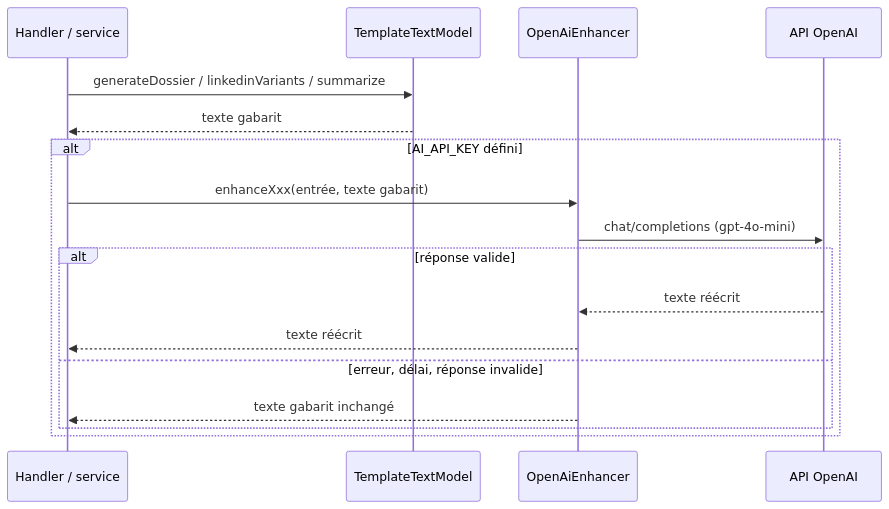
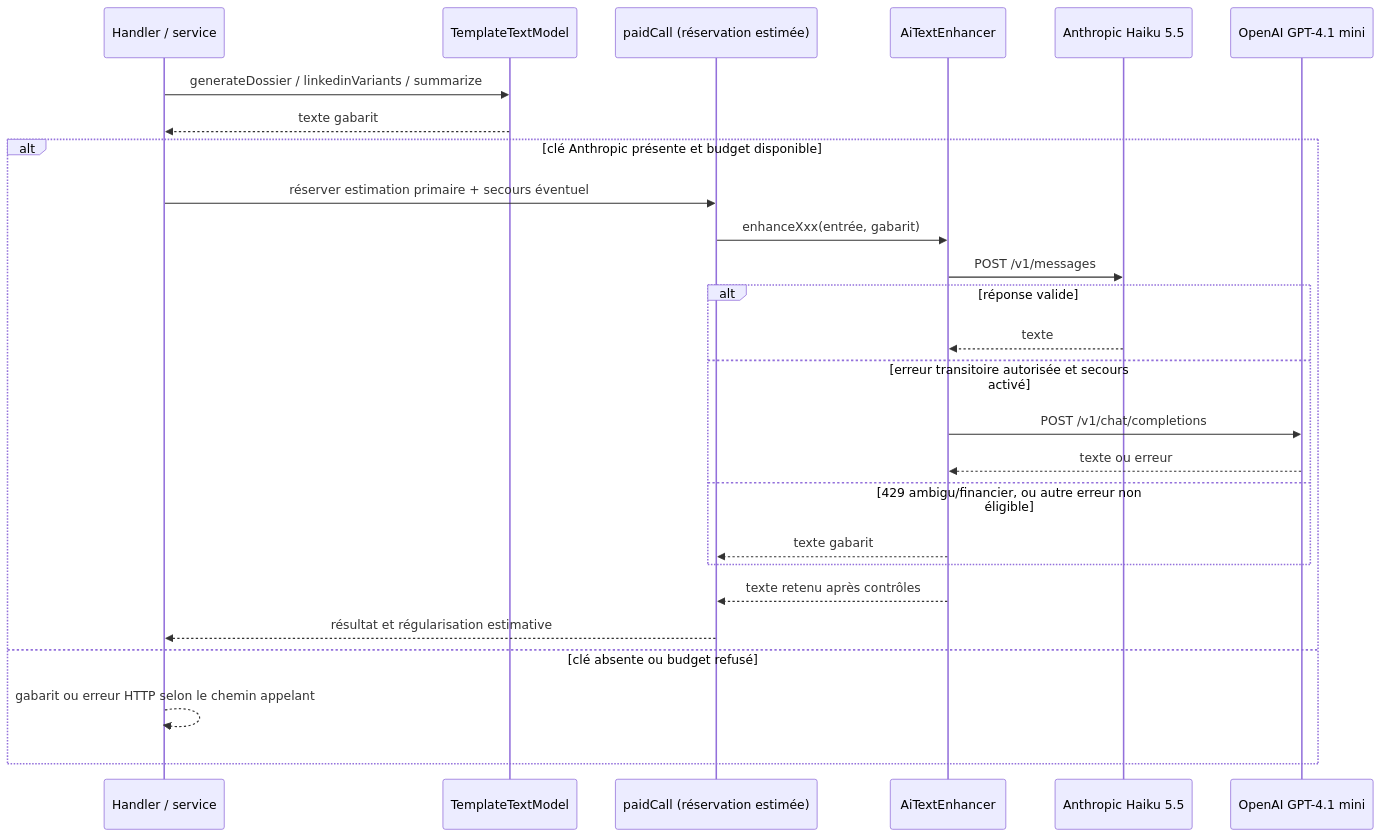
The second of 2 diagrams in docs/02-architecture.md (Makk7709/koraino), drawn with Mermaid before and after one commit. The commit also changed other lines of this file and 3 other files, not shown here.

````diff
--- a/docs/02-architecture.md
+++ b/docs/02-architecture.md
@@ -207,19 +211,28 @@
 ```mermaid
 sequenceDiagram
   participant H as Handler / service
   participant T as TemplateTextModel
-  participant AI as OpenAiEnhancer
-  participant O as API OpenAI
+  participant B as paidCall (réservation estimée)
+  participant AI as AiTextEnhancer
+  participant A as Anthropic Haiku 5.5
+  participant O as OpenAI GPT-4.1 mini
   H->>T: generateDossier / linkedinVariants / summarize
   T-->>H: texte gabarit
-  alt AI_API_KEY défini
-    H->>AI: enhanceXxx(entrée, texte gabarit)
-    AI->>O: chat/completions (gpt-4o-mini)
+  alt clé Anthropic présente et budget disponible
+    H->>B: réserver estimation primaire + secours éventuel
+    B->>AI: enhanceXxx(entrée, gabarit)
+    AI->>A: POST /v1/messages
     alt réponse valide
-      O-->>AI: texte réécrit
-      AI-->>H: texte réécrit
-    else erreur, délai, réponse invalide
-      AI-->>H: texte gabarit inchangé
+      A-->>AI: texte
+    else erreur transitoire autorisée et secours activé
+      AI->>O: POST /v1/chat/completions
+      O-->>AI: texte ou erreur
+    else 429 ambigu/financier, ou autre erreur non éligible
+      AI-->>B: texte gabarit
     end
+    AI-->>B: texte retenu après contrôles
+    B-->>H: résultat et régularisation estimative
+  else clé absente ou budget refusé
+    H-->>H: gabarit ou erreur HTTP selon le chemin appelant
   end
 ```
````
